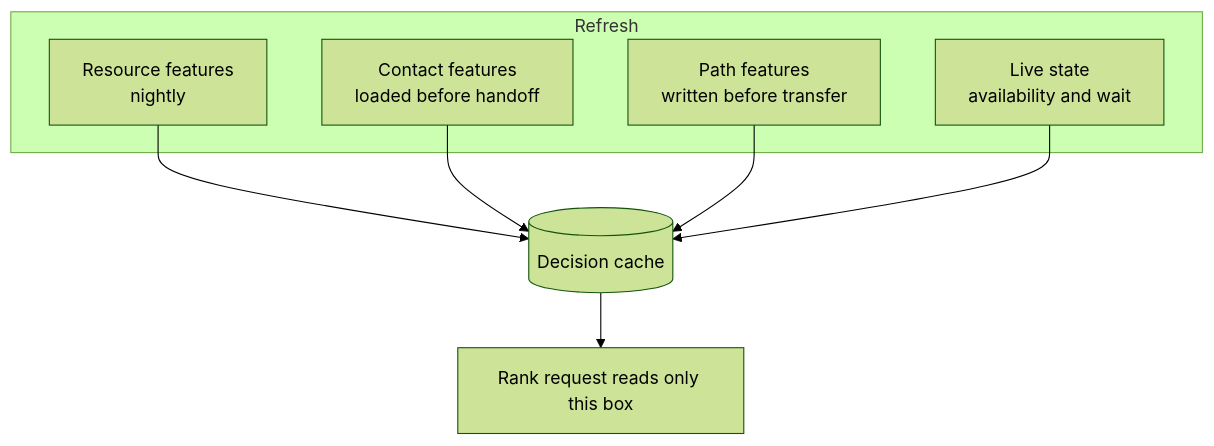
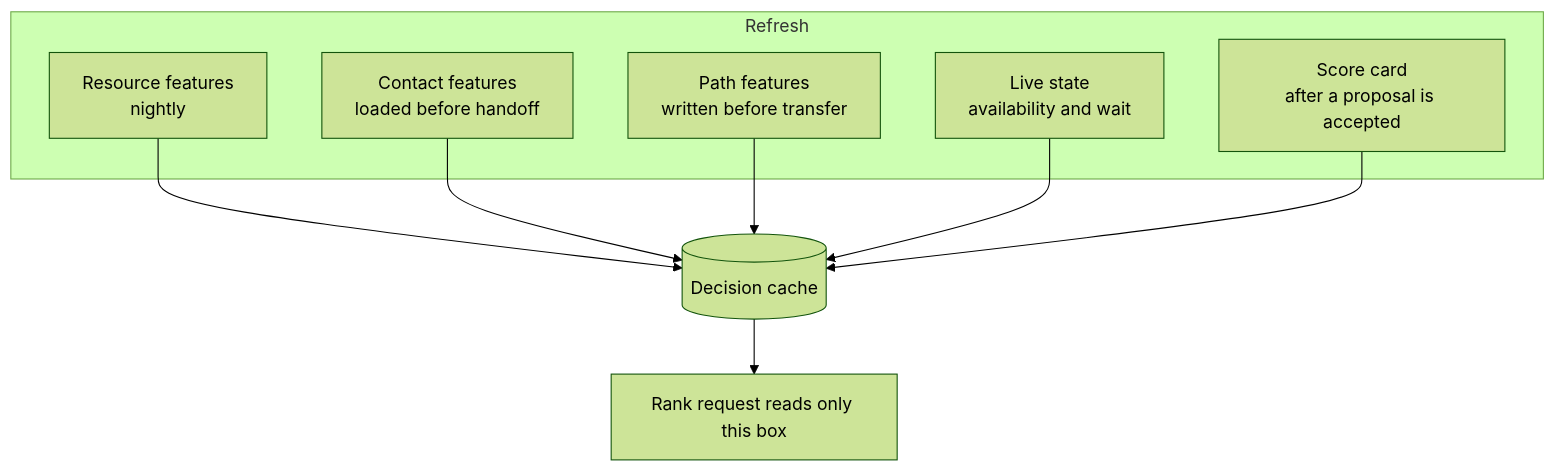
Before and after one commit to vikas-prasad-cx/pairgate: the fourth of 8 diagrams in docs/architecture.md, drawn with Mermaid (forest theme). The commit also changed other lines of this file and 1 other file, not shown here.

First line of the commit message:
docs: show MCP, Agent2Agent, and the model on the architecture

````diff
--- a/docs/architecture.md
+++ b/docs/architecture.md
@@ -106,15 +141,17 @@
 ```mermaid
 flowchart TB
   subgraph refresh["Refresh"]
     R1[Resource features<br/>nightly]
     R2[Contact features<br/>loaded before handoff]
     R3[Path features<br/>written before transfer]
     R4[Live state<br/>availability and wait]
+    R5[Score card<br/>after a proposal is accepted]
   end
   Cache[(Decision cache)]
   R1 --> Cache
   R2 --> Cache
   R3 --> Cache
   R4 --> Cache
+  R5 --> Cache
   Cache --> Decision[Rank request reads only this box]
 ```
````
